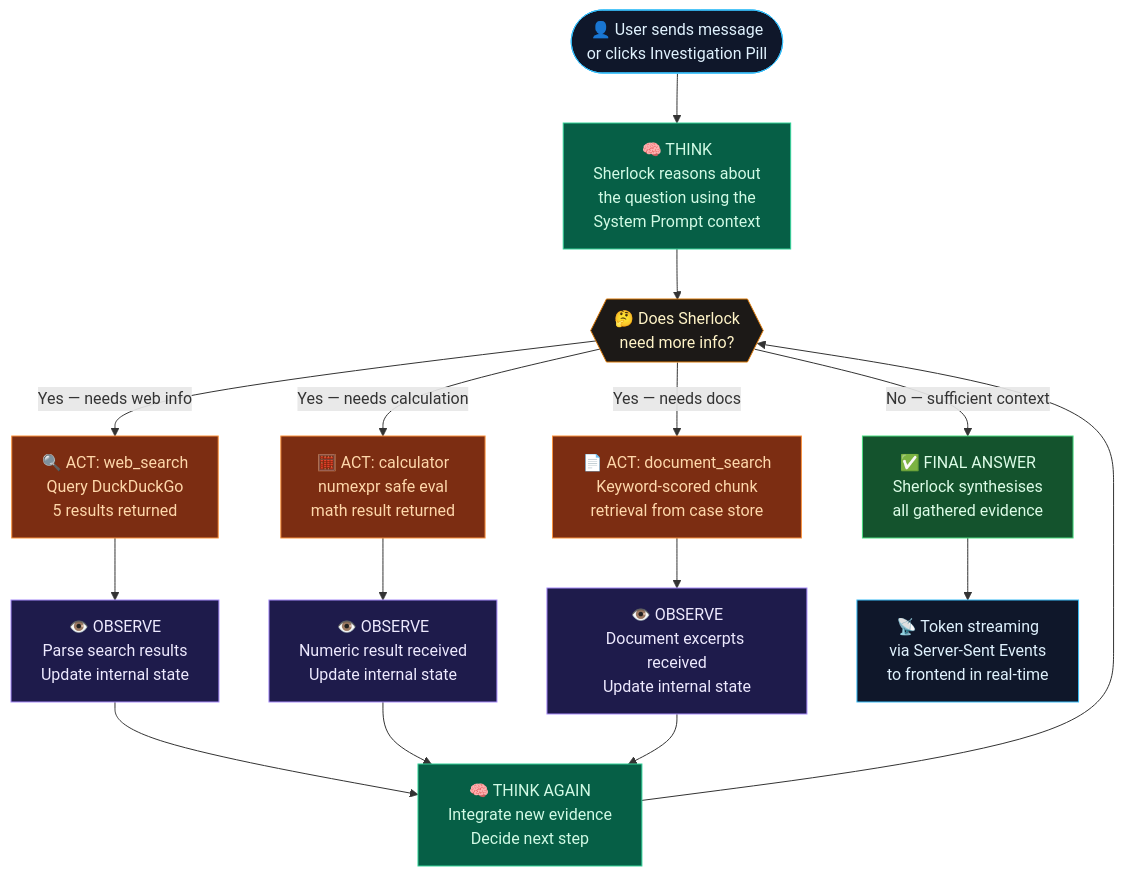
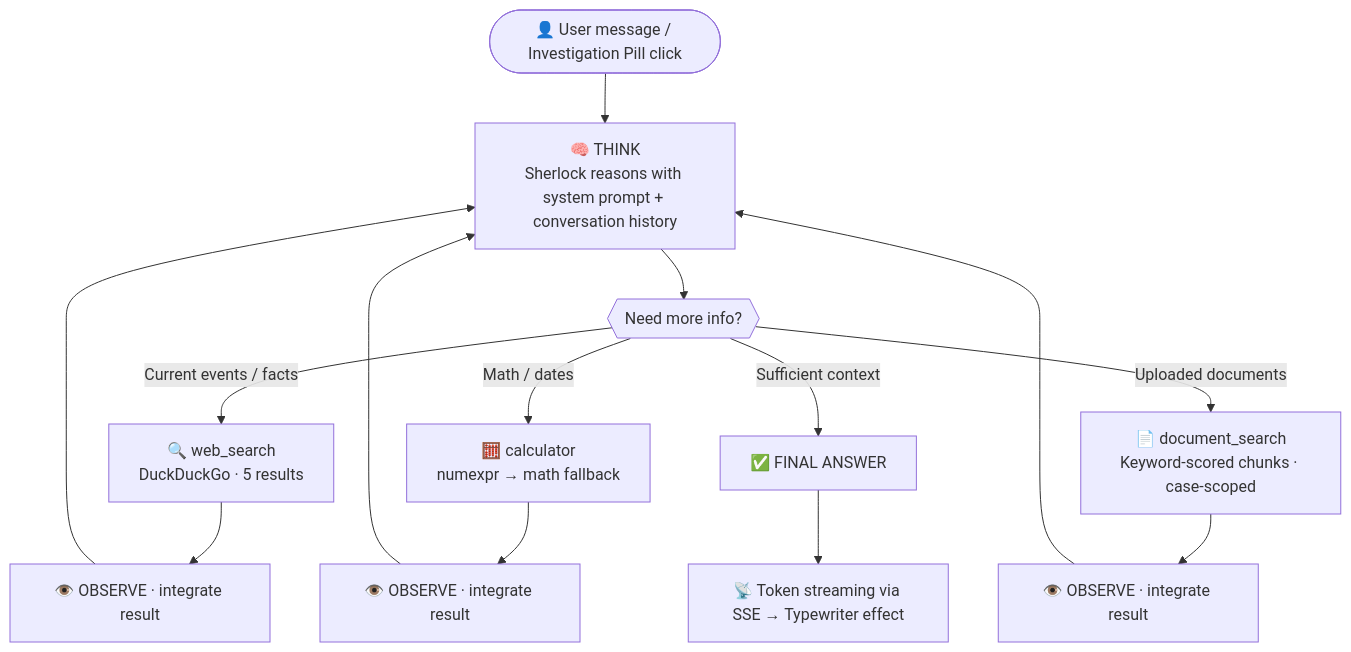
One commit to RAJ-ARYAN-NITK/bakerStreet221B.ai changed the second of 5 diagrams in README.md. Above: the diagram before and after it, drawn with Mermaid. The commit also changed other lines of this file and 5 other files, not shown here.

Commit message:
implement welcome modal and onboarding sequence with expanded system architecture documentation

````diff
--- a/README.md
+++ b/README.md
@@ -81,28 +89,19 @@
 ```mermaid
 flowchart TD
-    classDef think fill:#065f46,stroke:#34d399,color:#d1fae5
-    classDef act fill:#7c2d12,stroke:#fb923c,color:#fed7aa
-    classDef observe fill:#1e1b4b,stroke:#a78bfa,color:#ede9fe
-    classDef decide fill:#1c1917,stroke:#d97706,color:#fef3c7
-    classDef done fill:#14532d,stroke:#4ade80,color:#dcfce7
-    classDef user fill:#0f172a,stroke:#38bdf8,color:#e0f2fe
+    U(["👤 User message / Investigation Pill click"])
+    --> THINK["🧠 THINK\nSherlock reasons with system prompt + conversation history"]
 
-    U(["👤 User sends message\nor clicks Investigation Pill"]):::user
-    --> THINK["🧠 THINK\nSherlock reasons about\nthe question using the\nSystem Prompt context"]:::think
+    THINK --> DECIDE{{"Need more info?"}}
 
-    THINK --> DECIDE{{"🤔 Does Sherlock\nneed more info?"}}:::decide
+    DECIDE -->|"Current events / facts"| WS["🔍 web_search\nDuckDuckGo · 5 results"]
+    DECIDE -->|"Math / dates"| CALC["🧮 calculator\nnumexpr → math fallback"]
+    DECIDE -->|"Uploaded documents"| DS["📄 document_search\nKeyword-scored chunks · case-scoped"]
+    DECIDE -->|"Sufficient context"| ANS["✅ FINAL ANSWER"]
 
-    DECIDE -->|"Yes — needs web info"| WS["🔍 ACT: web_search\nQuery DuckDuckGo\n5 results returned"]:::act
-    DECIDE -->|"Yes — needs calculation"| CALC["🧮 ACT: calculator\nnumexpr safe eval\nmath result returned"]:::act
-    DECIDE -->|"Yes — needs docs"| DS["📄 ACT: document_search\nKeyword-scored chunk\nretrieval from case store"]:::act
-    DECIDE -->|"No — sufficient context"| ANS["✅ FINAL ANSWER\nSherlock synthesises\nall gathered evidence"]:::done
+    WS --> OBS1["👁️ OBSERVE · integrate result"]
+    CALC --> OBS2["👁️ OBSERVE · integrate result"]
+    DS --> OBS3["👁️ OBSERVE · integrate result"]
 
-    WS --> OBS1["👁️ OBSERVE\nParse search results\nUpdate internal state"]:::observe
-    CALC --> OBS2["👁️ OBSERVE\nNumeric result received\nUpdate internal state"]:::observe
-    DS --> OBS3["👁️ OBSERVE\nDocument excerpts received\nUpdate internal state"]:::observe
-
-    OBS1 & OBS2 & OBS3 --> THINK2["🧠 THINK AGAIN\nIntegrate new evidence\nDecide next step"]:::think
-    THINK2 --> DECIDE
-
-    ANS --> STREAM["📡 Token streaming\nvia Server-Sent Events\nto frontend in real-time"]:::user
+    OBS1 & OBS2 & OBS3 --> THINK
+    ANS --> STREAM["📡 Token streaming via SSE → Typewriter effect"]
 ```
````
